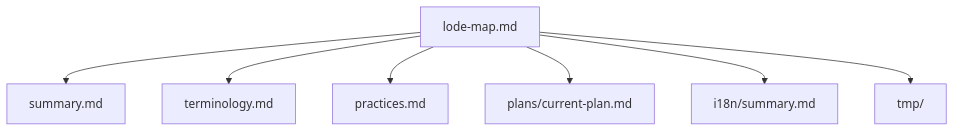
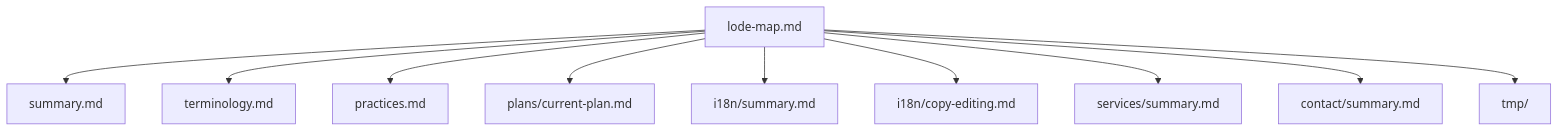
Before and after one commit to ipavic933-spec/website-pavic: the diagram in lode/lode-map.md, drawn with Mermaid. The commit also changed other lines of this file and 9 other files, not shown here.

````diff
--- a/lode/lode-map.md
+++ b/lode/lode-map.md
@@ -19,9 +22,12 @@
 ```mermaid
 graph TD
   LodeMap["lode-map.md"] --> Summary["summary.md"]
   LodeMap --> Terminology["terminology.md"]
   LodeMap --> Practices["practices.md"]
   LodeMap --> Plans["plans/current-plan.md"]
   LodeMap --> I18N["i18n/summary.md"]
+  LodeMap --> I18NCopy["i18n/copy-editing.md"]
+  LodeMap --> Services["services/summary.md"]
+  LodeMap --> Contact["contact/summary.md"]
   LodeMap --> Tmp["tmp/"]
 ```
````
